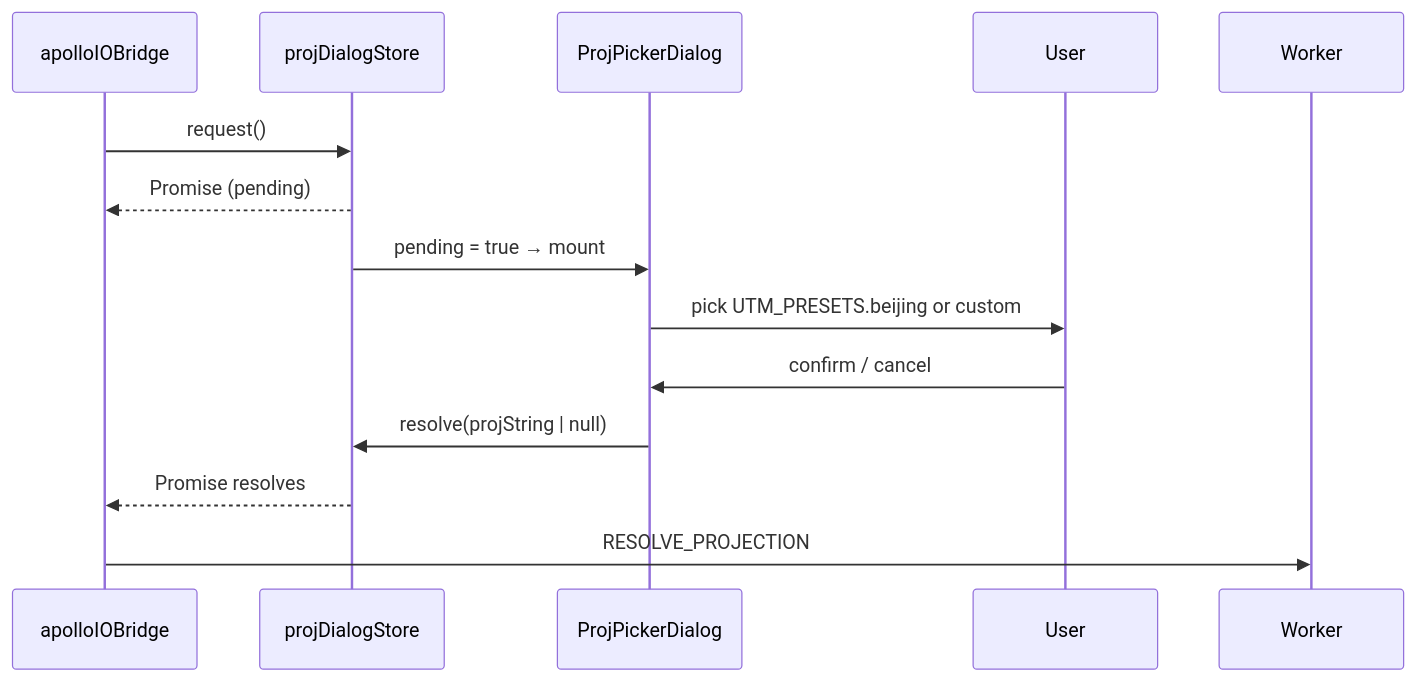
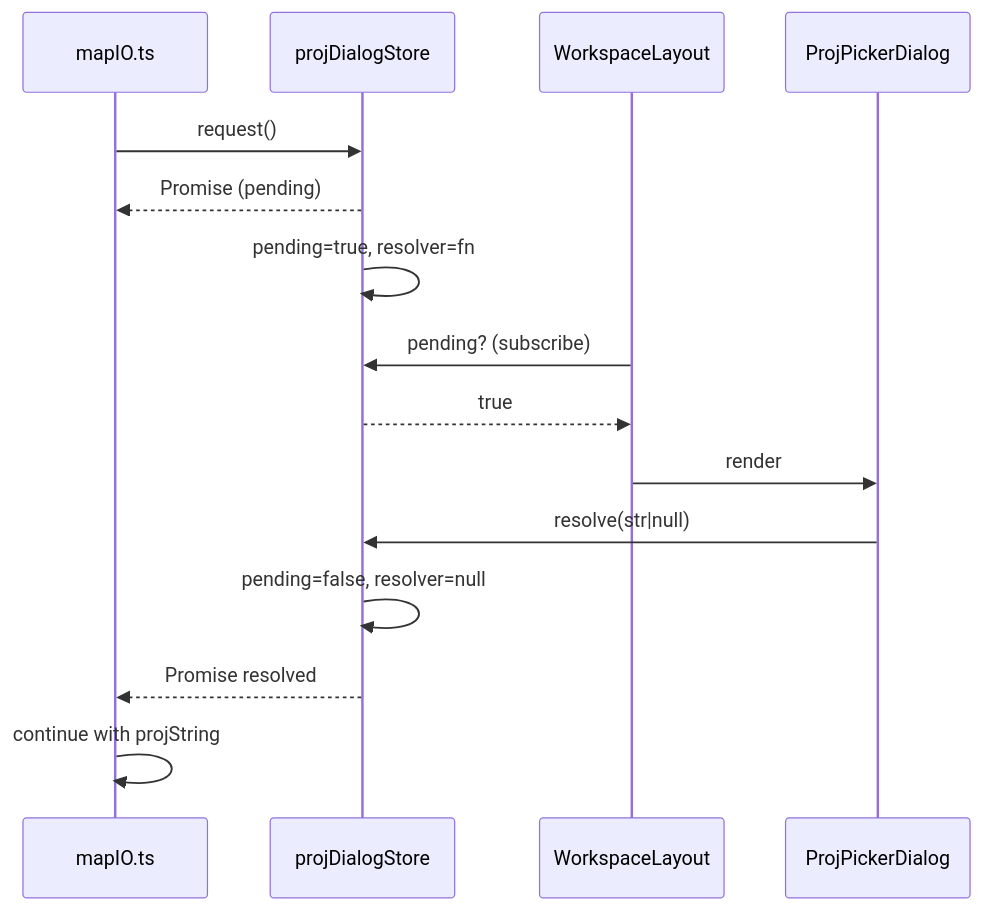
The first of 2 diagrams in docs/api/store/proj-dialog-store.md (SakuraPuare/apollo-map-studio), drawn with Mermaid before and after one commit. The commit also changed other lines of this file and 414 other files, not shown here.

````diff
--- a/docs/api/store/proj-dialog-store.md
+++ b/docs/api/store/proj-dialog-store.md
@@ -47,16 +80,18 @@
 ```mermaid
 sequenceDiagram
-    participant Bridge as apolloIOBridge
-    participant Store as projDialogStore
-    participant UI as ProjPickerDialog
-    participant User
+    participant IO as mapIO.ts
+    participant S as projDialogStore
+    participant L as WorkspaceLayout
+    participant D as ProjPickerDialog
 
-    Bridge->>Store: request()
-    Store-->>Bridge: Promise (pending)
-    Store->>UI: pending = true → mount
-    UI->>User: pick UTM_PRESETS.beijing or custom
-    User->>UI: confirm / cancel
-    UI->>Store: resolve(projString | null)
-    Store-->>Bridge: Promise resolves
-    Bridge->>Worker: RESOLVE_PROJECTION
+    IO->>S: request()
+    S-->>IO: Promise (pending)
+    S->>S: pending=true, resolver=fn
+    L->>S: pending? (subscribe)
+    S-->>L: true
+    L->>D: render
+    D->>S: resolve(str|null)
+    S->>S: pending=false, resolver=null
+    S-->>IO: Promise resolved
+    IO->>IO: continue with projString
 ```
````
